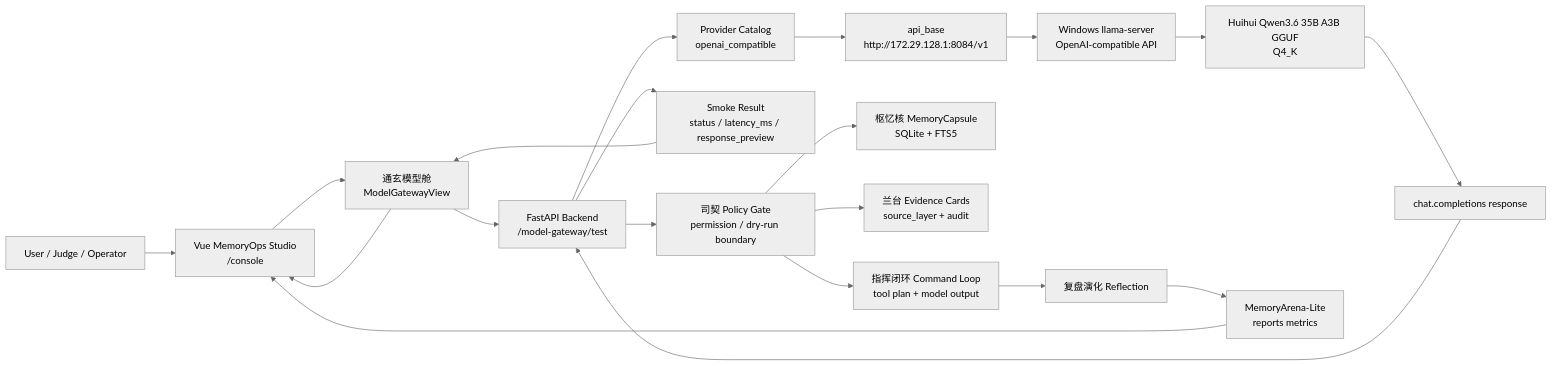
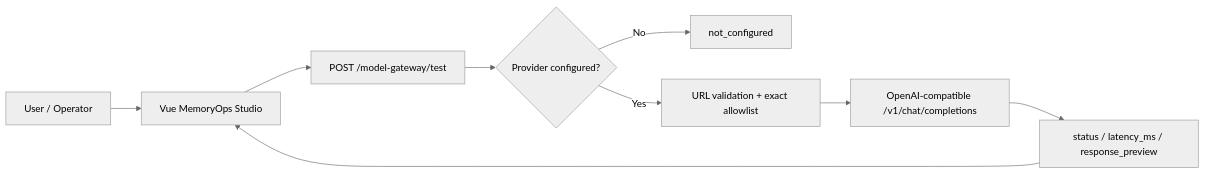
One commit to QianChang-official/wan-wei--shuyi-osagent changed the first of 2 diagrams in docs/OSAGENT_MODEL_GATEWAY_FLOW.md. Above: the diagram before and after it, drawn with Mermaid (neutral theme). The commit also changed other lines of this file and 105 other files, not shown here.

````diff
--- a/docs/OSAGENT_MODEL_GATEWAY_FLOW.md
+++ b/docs/OSAGENT_MODEL_GATEWAY_FLOW.md
@@ -17,25 +29,11 @@
 ```mermaid
 flowchart LR
-    U[User / Judge / Operator] --> UI[Vue MemoryOps Studio\n/console]
-    UI --> MGW[通玄模型舱\nModelGatewayView]
-    MGW --> API[FastAPI Backend\n/model-gateway/test]
-
-    API --> CATALOG[Provider Catalog\nopenai_compatible]
-    CATALOG --> BASE[api_base\nhttp://172.29.128.1:8084/v1]
-    BASE --> LCPP[Windows llama-server\nOpenAI-compatible API]
-    LCPP --> GGUF[Huihui Qwen3.6 35B A3B GGUF\nQ4_K]
-    GGUF --> RESP[chat.completions response]
-
-    RESP --> API
-    API --> LOG[Smoke Result\nstatus / latency_ms / response_preview]
-    LOG --> MGW
-    MGW --> UI
-
-    API --> POLICY[司契 Policy Gate\npermission / dry-run boundary]
-    POLICY --> MEM[枢忆核 MemoryCapsule\nSQLite + FTS5]
-    POLICY --> EVID[兰台 Evidence Cards\nsource_layer + audit]
-    POLICY --> LOOP[指挥闭环 Command Loop\ntool plan + model output]
-    LOOP --> REFLECT[复盘演化 Reflection]
-    REFLECT --> ARENA[MemoryArena-Lite\nreports metrics]
-    ARENA --> UI
+    U[User / Operator] --> UI[Vue MemoryOps Studio]
+    UI --> API[POST /model-gateway/test]
+    API --> CATALOG{Provider configured?}
+    CATALOG -->|No| BLOCK[not_configured]
+    CATALOG -->|Yes| SSRF[URL validation + exact allowlist]
+    SSRF --> LCPP[OpenAI-compatible /v1/chat/completions]
+    LCPP --> RESULT[status / latency_ms / response_preview]
+    RESULT --> UI
 ```
````
